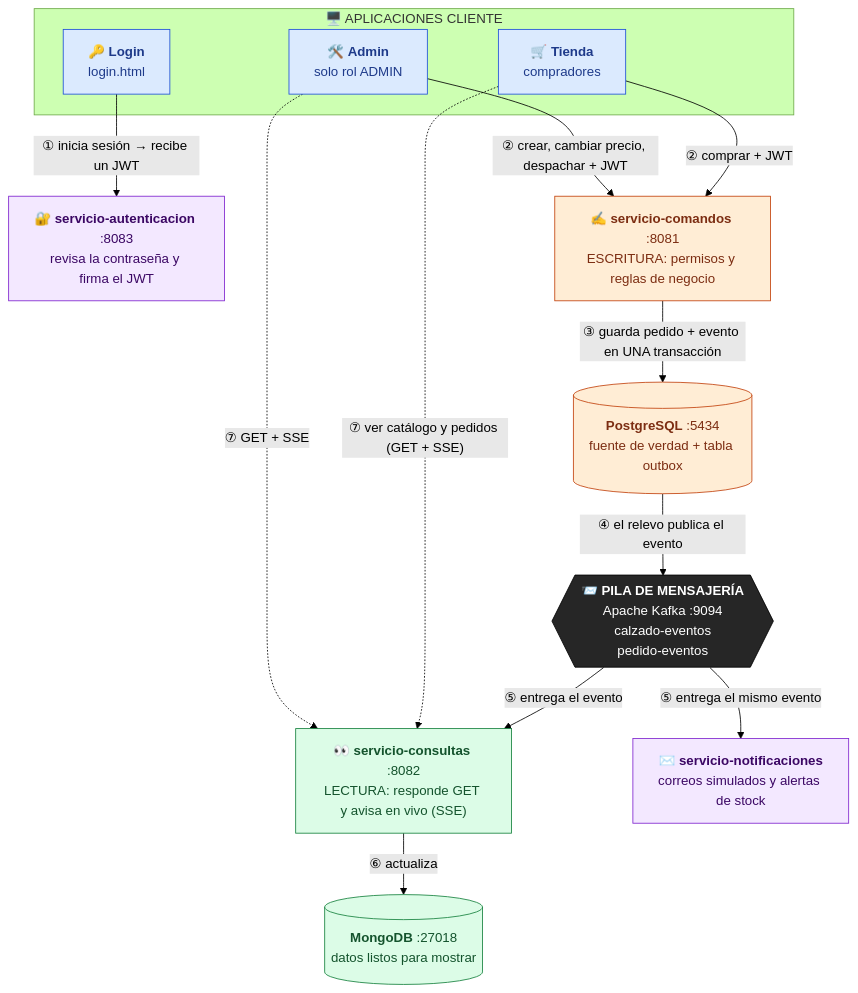
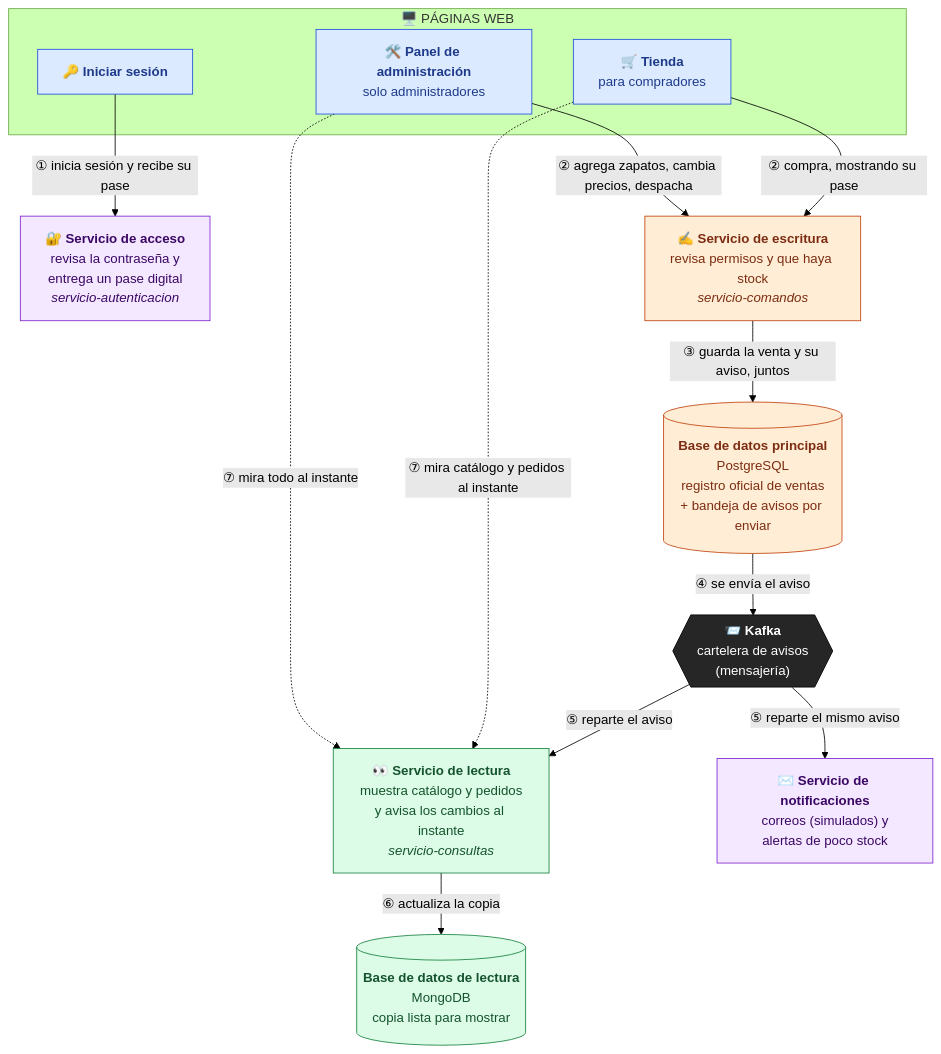
The first of 2 diagrams in README.md (JNoxg8/proyecto-CQRS), drawn with Mermaid (forest theme) before and after one commit. The commit also changed other lines of this file, not shown here.

````diff
--- a/README.md
+++ b/README.md
@@ -52,38 +85,38 @@
 ```mermaid
 flowchart TB
-    subgraph CLI["🖥️ APLICACIONES CLIENTE"]
-        LOGIN["🔑 <b>Login</b><br/>login.html"]
-        TIENDA["🛒 <b>Tienda</b><br/>compradores"]
-        ADMIN["🛠️ <b>Admin</b><br/>solo rol ADMIN"]
+    subgraph CLI["🖥️ PÁGINAS WEB"]
+        LOGIN["🔑 <b>Iniciar sesión</b>"]
+        TIENDA["🛒 <b>Tienda</b><br/>para compradores"]
+        ADMIN["🛠️ <b>Panel de administración</b><br/>solo administradores"]
     end
 
-    AUTH["🔐 <b>servicio-autenticacion</b> :8083<br/>revisa la contraseña y firma el JWT"]
-    CMD["✍️ <b>servicio-comandos</b> :8081<br/>ESCRITURA: permisos y reglas de negocio"]
-    PG[("<b>PostgreSQL</b> :5434<br/>fuente de verdad + tabla outbox")]
-    KAFKA{{"📨 <b>PILA DE MENSAJERÍA</b><br/>Apache Kafka :9094<br/>calzado-eventos<br/>pedido-eventos"}}
-    QRY["👀 <b>servicio-consultas</b> :8082<br/>LECTURA: responde GET y avisa en vivo (SSE)"]
-    NOTIF["✉️ <b>servicio-notificaciones</b><br/>correos simulados y alertas de stock"]
-    MONGO[("<b>MongoDB</b> :27018<br/>datos listos para mostrar")]
+    AUTH["🔐 <b>Servicio de acceso</b><br/>revisa la contraseña y<br/>entrega un pase digital<br/><i>servicio-autenticacion</i>"]
+    CMD["✍️ <b>Servicio de escritura</b><br/>revisa permisos y que haya stock<br/><i>servicio-comandos</i>"]
+    PG[("<b>Base de datos principal</b><br/>PostgreSQL<br/>registro oficial de ventas<br/>+ bandeja de avisos por enviar")]
+    KAFKA{{"📨 <b>Kafka</b><br/>cartelera de avisos<br/>(mensajería)"}}
+    QRY["👀 <b>Servicio de lectura</b><br/>muestra catálogo y pedidos<br/>y avisa los cambios al instante<br/><i>servicio-consultas</i>"]
+    NOTIF["✉️ <b>Servicio de notificaciones</b><br/>correos (simulados) y<br/>alertas de poco stock"]
+    MONGO[("<b>Base de datos de lectura</b><br/>MongoDB<br/>copia lista para mostrar")]
 
-    LOGIN -->|"① inicia sesión → recibe un JWT"| AUTH
-    TIENDA -->|"② comprar + JWT"| CMD
-    ADMIN -->|"② crear, cambiar precio, despachar + JWT"| CMD
-    CMD -->|"③ guarda pedido + evento en UNA transacción"| PG
-    PG -->|"④ el relevo publica el evento"| KAFKA
-    KAFKA -->|"⑤ entrega el evento"| QRY
-    KAFKA -->|"⑤ entrega el mismo evento"| NOTIF
-    QRY -->|"⑥ actualiza"| MONGO
-    TIENDA -.->|"⑦ ver catálogo y pedidos (GET + SSE)"| QRY
-    ADMIN -.->|"⑦ GET + SSE"| QRY
+    LOGIN -->|"① inicia sesión y recibe su pase"| AUTH
+    TIENDA -->|"② compra, mostrando su pase"| CMD
+    ADMIN -->|"② agrega zapatos, cambia precios, despacha"| CMD
+    CMD -->|"③ guarda la venta y su aviso, juntos"| PG
+    PG -->|"④ se envía el aviso"| KAFKA
+    KAFKA -->|"⑤ reparte el aviso"| QRY
+    KAFKA -->|"⑤ reparte el mismo aviso"| NOTIF
+    QRY -->|"⑥ actualiza la copia"| MONGO
+    TIENDA -.->|"⑦ mira catálogo y pedidos al instante"| QRY
+    ADMIN -.->|"⑦ mira todo al instante"| QRY
 
     classDef cliente fill:#dbeafe,stroke:#1d4ed8,color:#1e3a8a
     classDef escritura fill:#ffedd5,stroke:#c2410c,color:#7c2d12
     classDef lectura fill:#dcfce7,stroke:#15803d,color:#14532d
     classDef kafka fill:#262626,stroke:#000,color:#fff
     classDef otro fill:#f3e8ff,stroke:#7e22ce,color:#3b0764
     class LOGIN,TIENDA,ADMIN cliente
     class CMD,PG escritura
     class QRY,MONGO lectura
     class KAFKA kafka
     class AUTH,NOTIF otro
 ```
````
